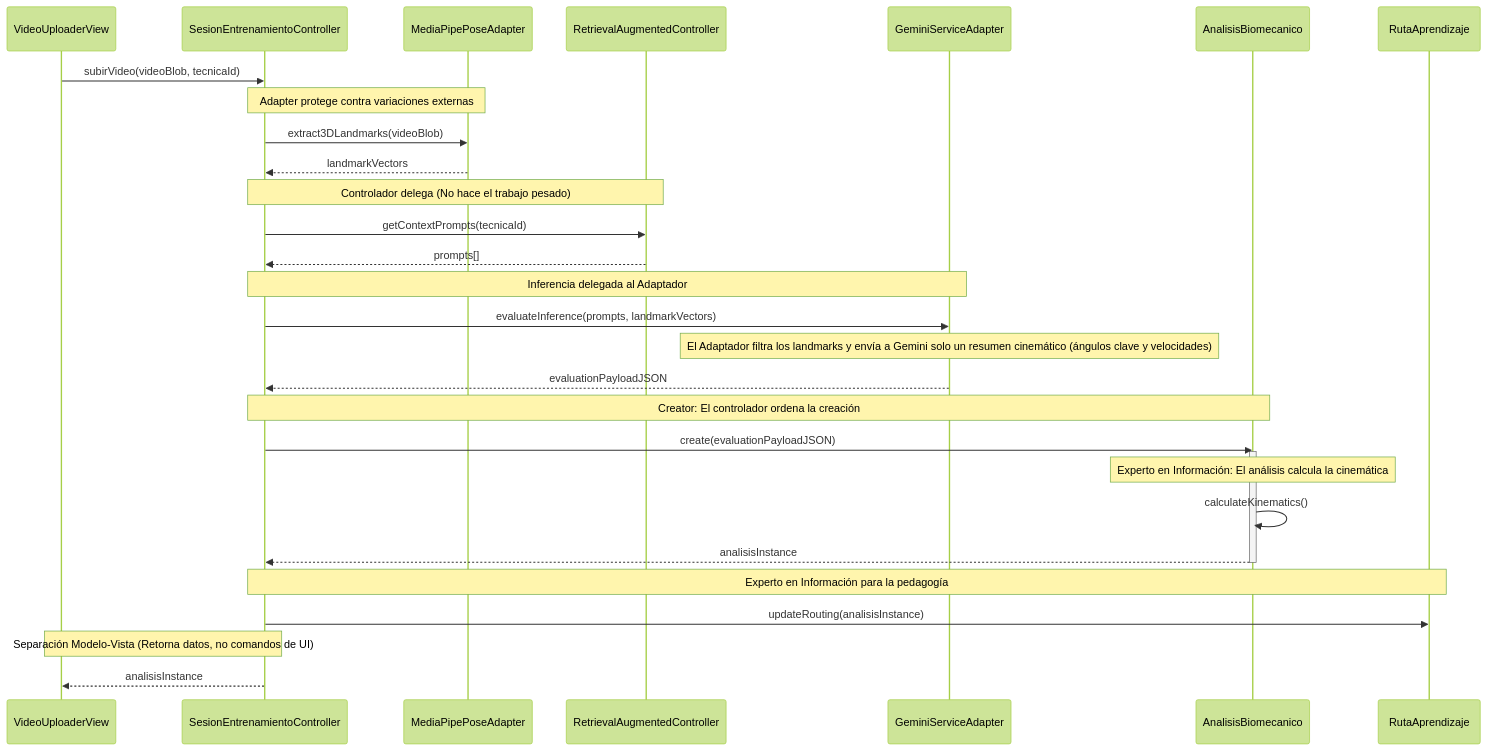
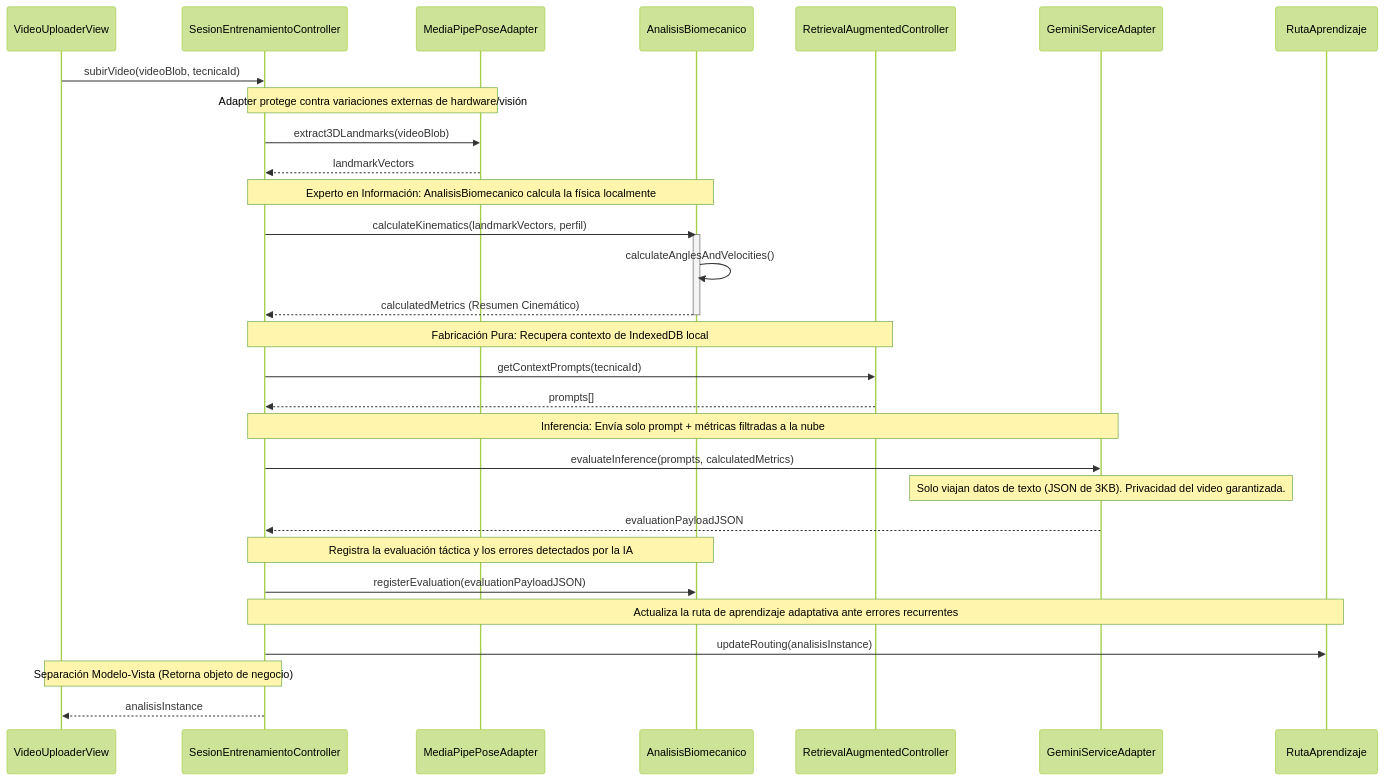
Before and after one commit to Tsmrain/Documentacion: the third of 6 diagrams in README.md, drawn with Mermaid (forest theme). The commit also changed other lines of this file, not shown here.

Commit message:
refactor: migrate RAG pipeline to local client-side execution using Transformers.js and IndexedDB

````diff
--- a/README.md
+++ b/README.md
@@ -828,40 +832,41 @@
 ```mermaid
 sequenceDiagram
     participant UI as VideoUploaderView
     participant Ctrl as SesionEntrenamientoController
     participant MP as MediaPipePoseAdapter
+    participant Eval as AnalisisBiomecanico
     participant RAG as RetrievalAugmentedController
     participant LLM as GeminiServiceAdapter
-    participant Eval as AnalisisBiomecanico
     participant Ruta as RutaAprendizaje
 
     UI->>Ctrl: subirVideo(videoBlob, tecnicaId)
     
-    Note over Ctrl,MP: Adapter protege contra variaciones externas
+    Note over Ctrl,MP: Adapter protege contra variaciones externas de hardware/visión
     Ctrl->>MP: extract3DLandmarks(videoBlob)
     MP-->>Ctrl: landmarkVectors
     
-    Note over Ctrl,RAG: Controlador delega (No hace el trabajo pesado)
+    Note over Ctrl,Eval: Experto en Información: AnalisisBiomecanico calcula la física localmente
+    Ctrl->>Eval: calculateKinematics(landmarkVectors, perfil)
+    activate Eval
+    Eval->>Eval: calculateAnglesAndVelocities()
+    Eval-->>Ctrl: calculatedMetrics (Resumen Cinemático)
+    deactivate Eval
+    
+    Note over Ctrl,RAG: Fabricación Pura: Recupera contexto de IndexedDB local
     Ctrl->>RAG: getContextPrompts(tecnicaId)
     RAG-->>Ctrl: prompts[]
     
-    Note over Ctrl,LLM: Inferencia delegada al Adaptador
-    Ctrl->>LLM: evaluateInference(prompts, landmarkVectors)
-    Note over LLM,LLM: El Adaptador filtra los landmarks y envía a Gemini solo un resumen cinemático (ángulos clave y velocidades)
+    Note over Ctrl,LLM: Inferencia: Envía solo prompt + métricas filtradas a la nube
+    Ctrl->>LLM: evaluateInference(prompts, calculatedMetrics)
+    Note over LLM,LLM: Solo viajan datos de texto (JSON de 3KB). Privacidad del video garantizada.
     LLM-->>Ctrl: evaluationPayloadJSON
     
-    Note over Ctrl,Eval: Creator: El controlador ordena la creación
-    Ctrl->>Eval: create(evaluationPayloadJSON)
-    activate Eval
+    Note over Ctrl,Eval: Registra la evaluación táctica y los errores detectados por la IA
+    Ctrl->>Eval: registerEvaluation(evaluationPayloadJSON)
     
-    Note over Eval,Eval: Experto en Información: El análisis calcula la cinemática
-    Eval->>Eval: calculateKinematics()
-    Eval-->>Ctrl: analisisInstance
-    deactivate Eval
-    
-    Note over Ctrl,Ruta: Experto en Información para la pedagogía
+    Note over Ctrl,Ruta: Actualiza la ruta de aprendizaje adaptativa ante errores recurrentes
     Ctrl->>Ruta: updateRouting(analisisInstance)
     
-    Note over Ctrl,UI: Separación Modelo-Vista (Retorna datos, no comandos de UI)
+    Note over Ctrl,UI: Separación Modelo-Vista (Retorna objeto de negocio)
     Ctrl-->>UI: analisisInstance
 ```
````
